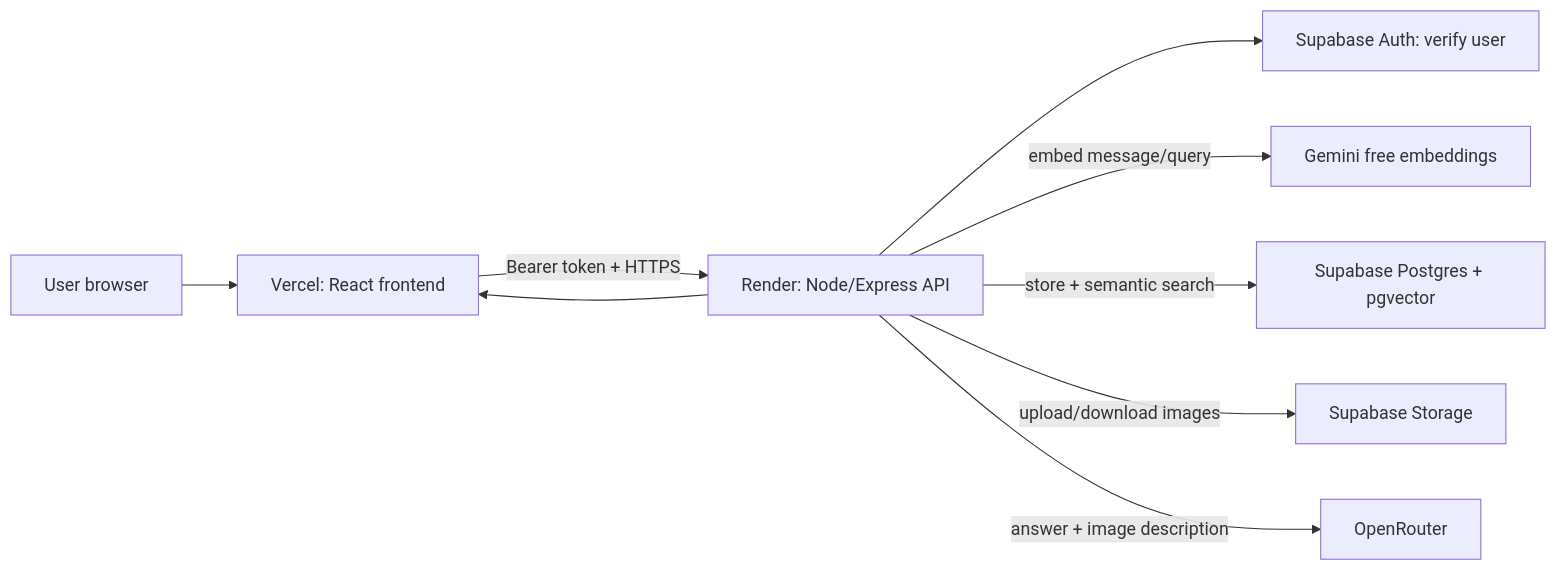
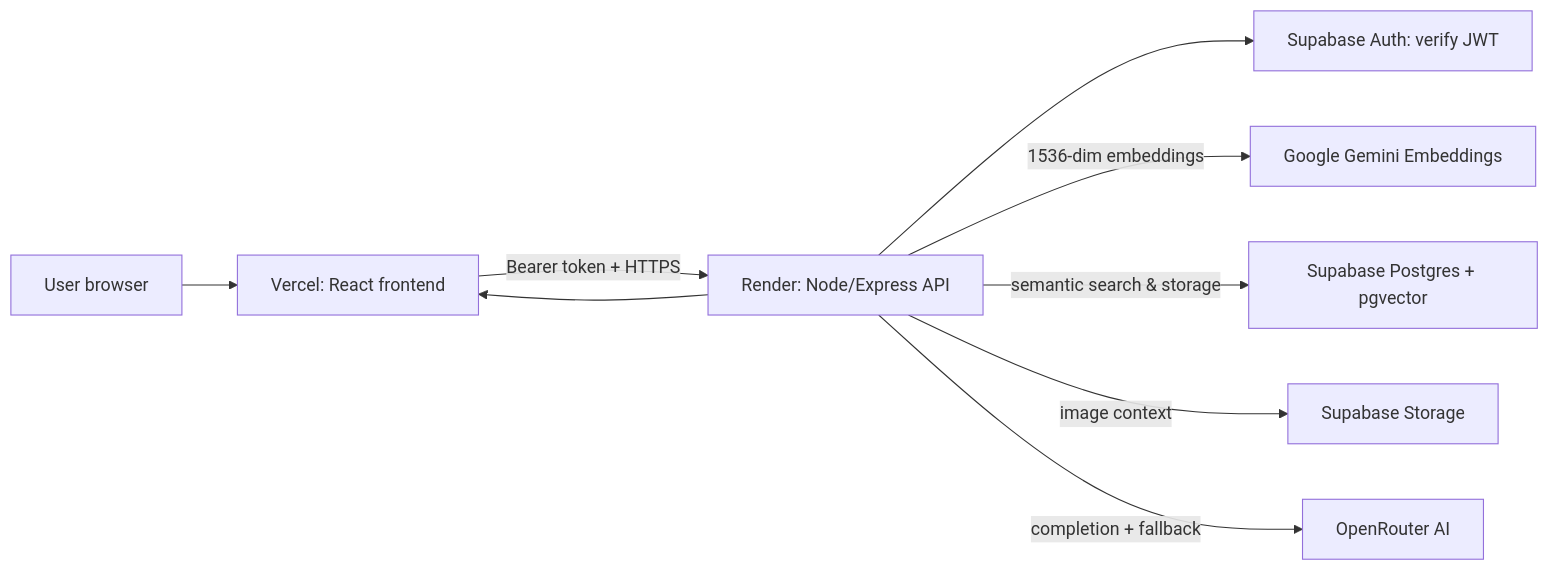
Before and after one commit to Brain-Hop/Brain-Hop-API: the diagram in README.md, drawn with Mermaid. The commit also changed other lines of this file and 3 other files, not shown here.

````diff
--- a/README.md
+++ b/README.md
@@ -18,11 +28,11 @@
 ```mermaid
 flowchart LR
   U["User browser"] --> V["Vercel: React frontend"]
   V -->|"Bearer token + HTTPS"| A["Render: Node/Express API"]
-  A --> AUTH["Supabase Auth: verify user"]
-  A -->|"embed message/query"| E["Gemini free embeddings"]
-  A -->|"store + semantic search"| DB["Supabase Postgres + pgvector"]
-  A -->|"upload/download images"| S["Supabase Storage"]
-  A -->|"answer + image description"| L["OpenRouter"]
+  A --> AUTH["Supabase Auth: verify JWT"]
+  A -->|"1536-dim embeddings"| E["Google Gemini Embeddings"]
+  A -->|"semantic search & storage"| DB["Supabase Postgres + pgvector"]
+  A -->|"image context"| S["Supabase Storage"]
+  A -->|"completion + fallback"| L["OpenRouter AI"]
   A --> V
 ```
````
